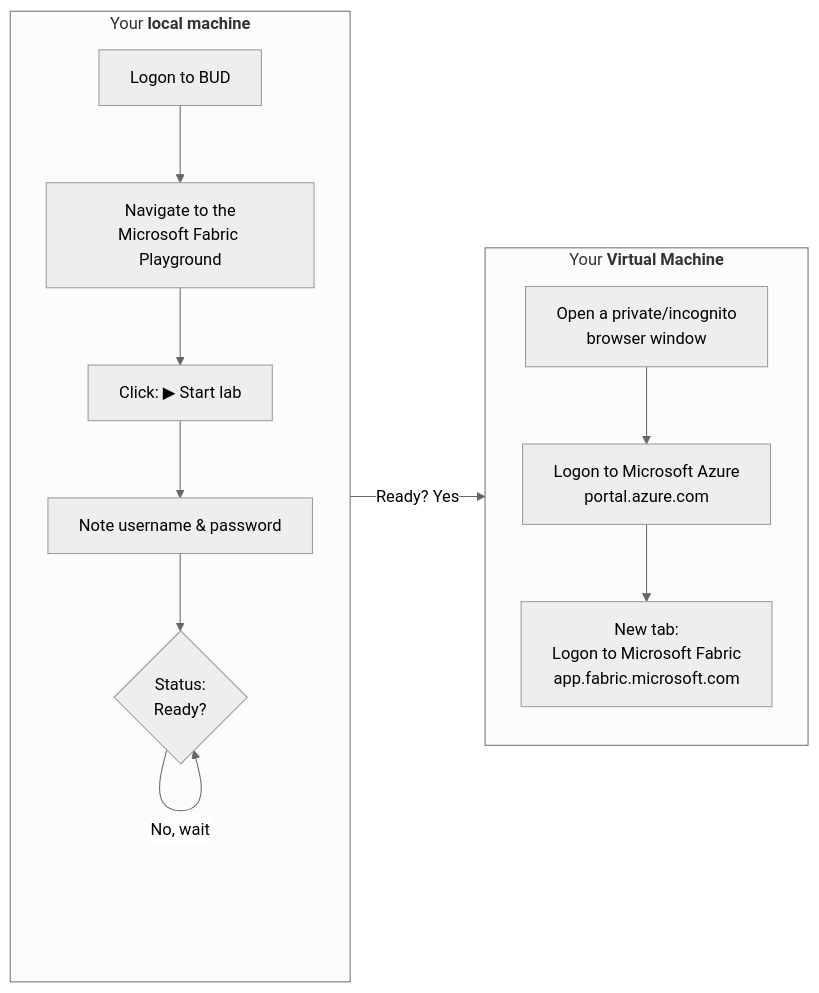
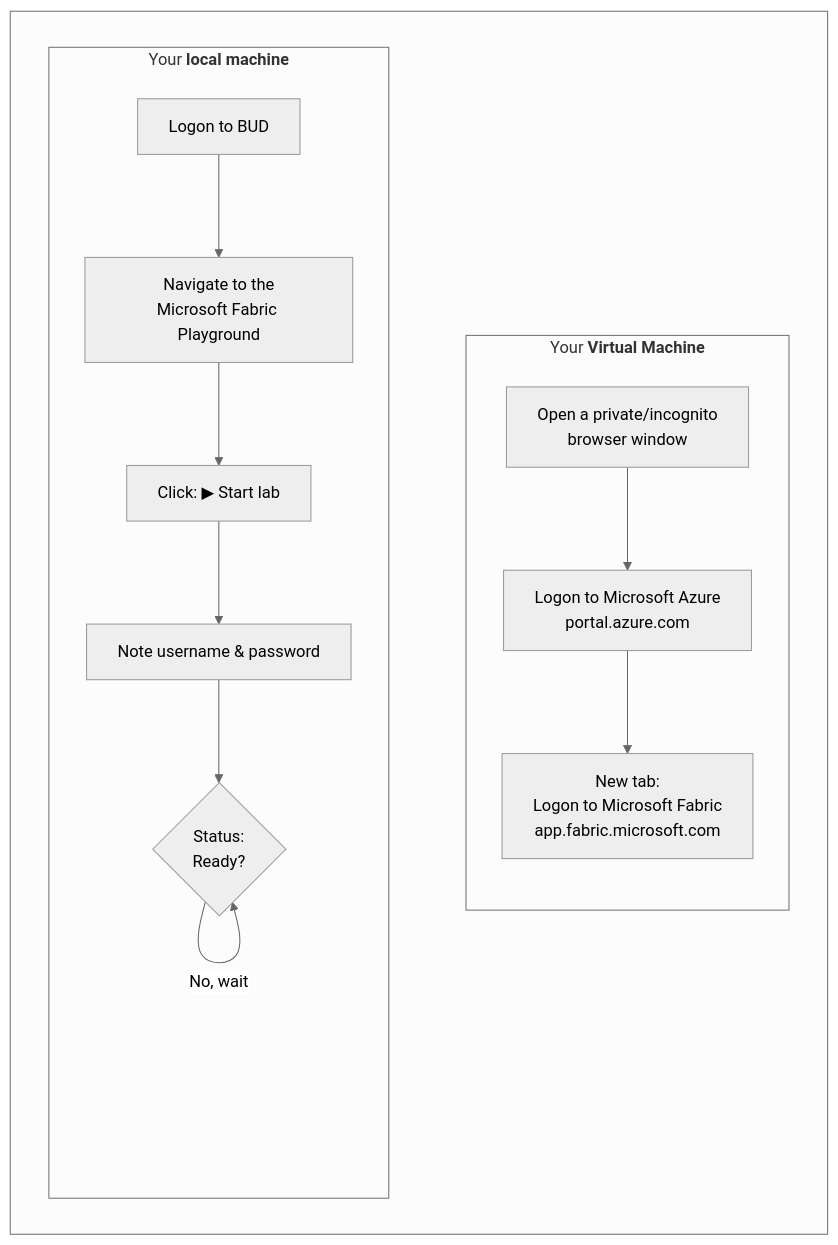
Before and after one commit to qaalabs/fabric: the diagram in docs/run-inside-vm.md, drawn with Mermaid (neutral theme). The commit also changed other lines of this file and 1 other file, not shown here.

Commit message:
Update mermaid diagram

````diff
--- a/docs/run-inside-vm.md
+++ b/docs/run-inside-vm.md
@@ -1,22 +7,28 @@
 ```mermaid
-flowchart LR
-    subgraph LOCAL["Your <b>local machine</b>"]
-        direction TB
-        A1["Logon to BUD"]
-        A2["Navigate to the<br/>Microsoft Fabric Playground"]
-        A3["Click: ▶ Start lab"]
-        B["Note username & password"]
-        C{"Status:<br/>Ready?"}
-    end
+flowchart TD
+    subgraph WRAPPER[" "]
+        direction LR
+        subgraph LOCAL["Your <b>local machine</b>"]
+            direction TB
+            A1["Logon to BUD"]
+            A2["Navigate to the<br/>Microsoft Fabric Playground"]
+            A3["Click: ▶ Start lab"]
+            B["Note username & password"]
+            C{"Status:<br/>Ready?"}
+        end
 
-    subgraph VM["Your <b>Virtual Machine</b>"]
-        direction TB
-        D["Open a private/incognito<br/>browser window"]
-        E["Logon to Microsoft Azure<br/>portal.azure.com"]
-        F["New tab:<br/>Logon to Microsoft Fabric<br/>app.fabric.microsoft.com"]
+        subgraph VM["Your <b>Virtual Machine</b>"]
+            direction TB
+            D["Open a private/incognito<br/>browser window"]
+            E["Logon to Microsoft Azure<br/>portal.azure.com"]
+            F["New tab:<br/>Logon to Microsoft Fabric<br/>app.fabric.microsoft.com"]
+        end
+
+        LOCAL ~~~ VM
     end
 
     A1 --> A2 --> A3 --> B --> C
-    C -- "Ready? Yes" --> D --> E --> F
     C -- No, wait --> C
+
+    D --> E --> F
 ```
````
